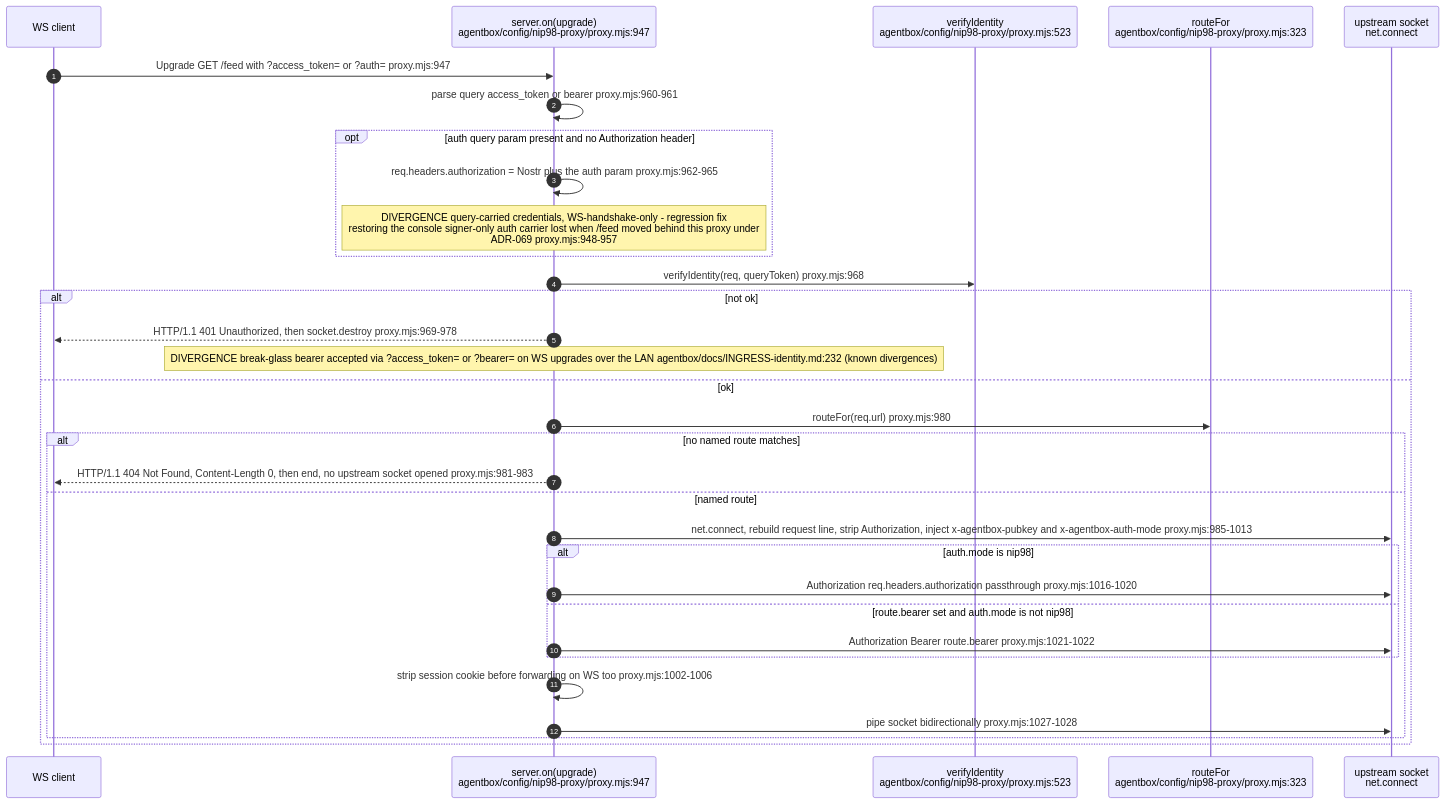
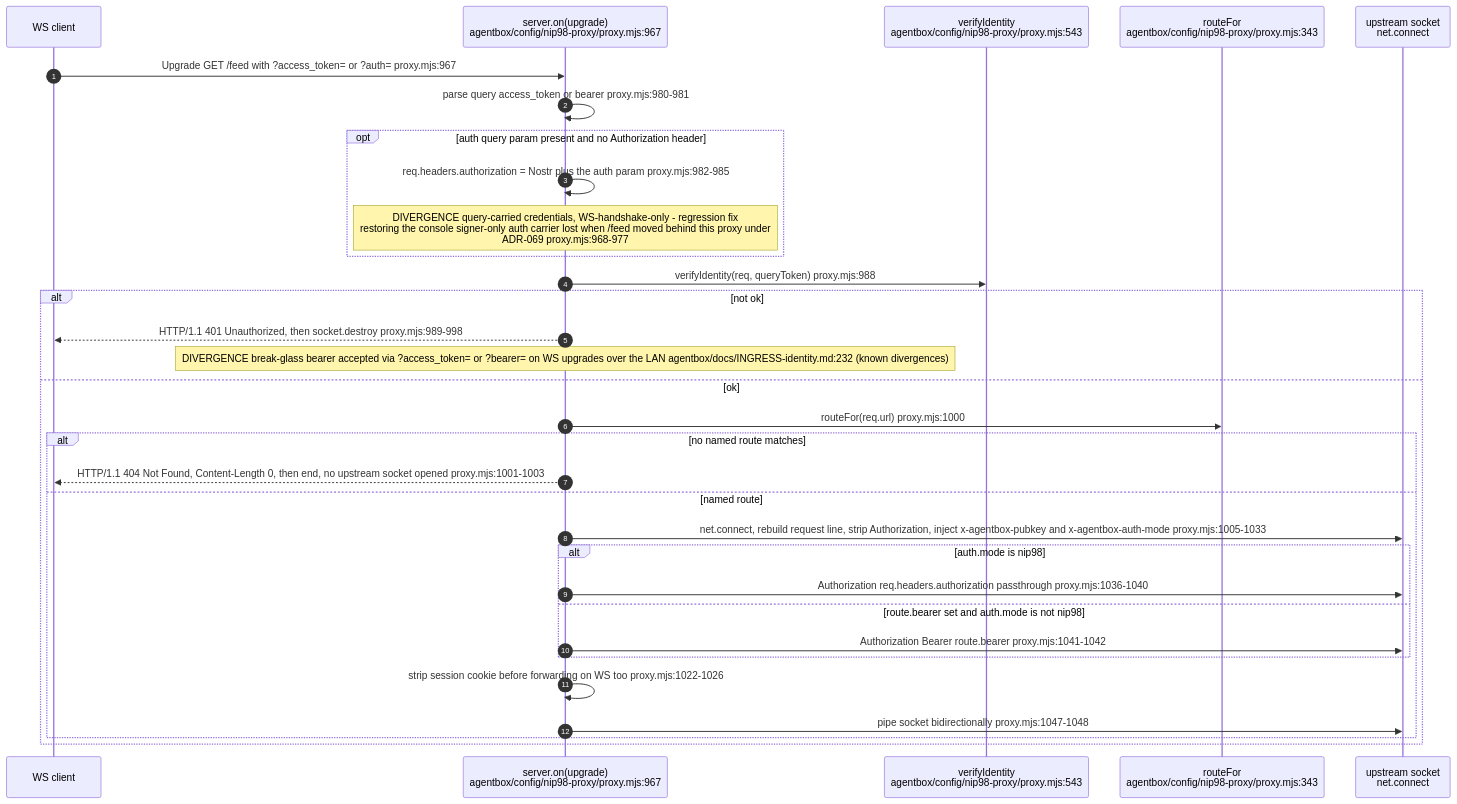
One commit to DreamLab-AI/VisionFlow changed the ninth of 13 diagrams in docs/diagrams/agentbox/10-ingress-nip98-proxy-and-aoe.md. Above: the diagram before and after it, drawn with Mermaid. The commit also changed other lines of this file and 8 other files, not shown here.

First line of the commit message:
docs(diagrams): re-verify the NIP-98 proxy topics and the custody counts at agentbox 0693c761c (VF-DIAGRAM-NIP98-DRIFT)

````diff
--- a/docs/diagrams/agentbox/10-ingress-nip98-proxy-and-aoe.md
+++ b/docs/diagrams/agentbox/10-ingress-nip98-proxy-and-aoe.md
@@ -409,35 +433,35 @@
 ```mermaid
 sequenceDiagram
     autonumber
     participant BR as WS client
-    participant PX as server.on(upgrade)<br/>agentbox/config/nip98-proxy/proxy.mjs:947
-    participant VI as verifyIdentity<br/>agentbox/config/nip98-proxy/proxy.mjs:523
-    participant RT as routeFor<br/>agentbox/config/nip98-proxy/proxy.mjs:323
+    participant PX as server.on(upgrade)<br/>agentbox/config/nip98-proxy/proxy.mjs:967
+    participant VI as verifyIdentity<br/>agentbox/config/nip98-proxy/proxy.mjs:543
+    participant RT as routeFor<br/>agentbox/config/nip98-proxy/proxy.mjs:343
     participant UP as upstream socket<br/>net.connect
 
-    BR->>PX: Upgrade GET /feed with ?access_token= or ?auth= proxy.mjs:947
-    PX->>PX: parse query access_token or bearer proxy.mjs:960-961
+    BR->>PX: Upgrade GET /feed with ?access_token= or ?auth= proxy.mjs:967
+    PX->>PX: parse query access_token or bearer proxy.mjs:980-981
     opt auth query param present and no Authorization header
-        PX->>PX: req.headers.authorization = Nostr plus the auth param proxy.mjs:962-965
-Note over PX: DIVERGENCE query-carried credentials, WS-handshake-only - regression fix<br/>restoring the console signer-only auth carrier lost when /feed moved behind this proxy under<br/>ADR-069 proxy.mjs:948-957
+        PX->>PX: req.headers.authorization = Nostr plus the auth param proxy.mjs:982-985
+Note over PX: DIVERGENCE query-carried credentials, WS-handshake-only - regression fix<br/>restoring the console signer-only auth carrier lost when /feed moved behind this proxy under<br/>ADR-069 proxy.mjs:968-977
     end
-    PX->>VI: verifyIdentity(req, queryToken) proxy.mjs:968
+    PX->>VI: verifyIdentity(req, queryToken) proxy.mjs:988
     alt not ok
-        PX-->>BR: HTTP/1.1 401 Unauthorized, then socket.destroy proxy.mjs:969-978
+        PX-->>BR: HTTP/1.1 401 Unauthorized, then socket.destroy proxy.mjs:989-998
         Note over PX: DIVERGENCE break-glass bearer accepted via ?access_token= or ?bearer= on WS upgrades over the LAN agentbox/docs/INGRESS-identity.md:232 (known divergences)
     else ok
-        PX->>RT: routeFor(req.url) proxy.mjs:980
+        PX->>RT: routeFor(req.url) proxy.mjs:1000
         alt no named route matches
-            PX-->>BR: HTTP/1.1 404 Not Found, Content-Length 0, then end, no upstream socket opened proxy.mjs:981-983
+            PX-->>BR: HTTP/1.1 404 Not Found, Content-Length 0, then end, no upstream socket opened proxy.mjs:1001-1003
         else named route
-            PX->>UP: net.connect, rebuild request line, strip Authorization, inject x-agentbox-pubkey and x-agentbox-auth-mode proxy.mjs:985-1013
+            PX->>UP: net.connect, rebuild request line, strip Authorization, inject x-agentbox-pubkey and x-agentbox-auth-mode proxy.mjs:1005-1033
             alt auth.mode is nip98
-                PX->>UP: Authorization req.headers.authorization passthrough proxy.mjs:1016-1020
+                PX->>UP: Authorization req.headers.authorization passthrough proxy.mjs:1036-1040
             else route.bearer set and auth.mode is not nip98
-                PX->>UP: Authorization Bearer route.bearer proxy.mjs:1021-1022
+                PX->>UP: Authorization Bearer route.bearer proxy.mjs:1041-1042
             end
-            PX->>PX: strip session cookie before forwarding on WS too proxy.mjs:1002-1006
-            PX->>UP: pipe socket bidirectionally proxy.mjs:1027-1028
+            PX->>PX: strip session cookie before forwarding on WS too proxy.mjs:1022-1026
+            PX->>UP: pipe socket bidirectionally proxy.mjs:1047-1048
         end
     end
 ```
````
